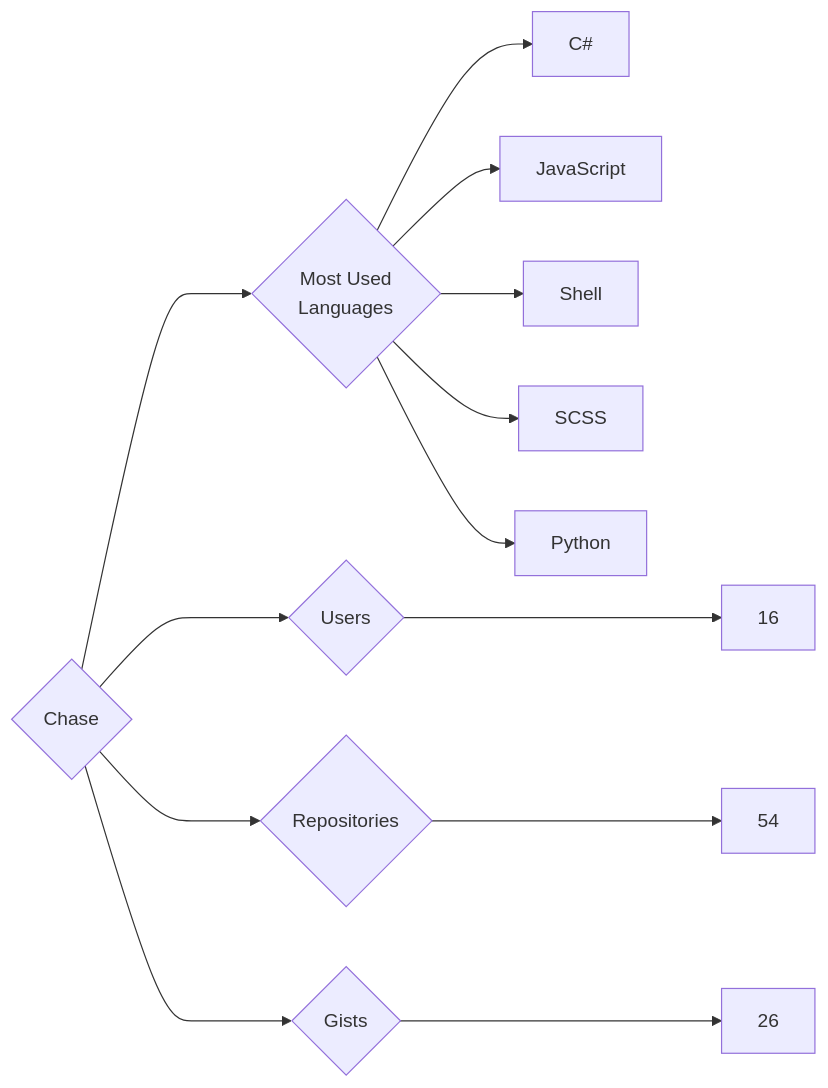
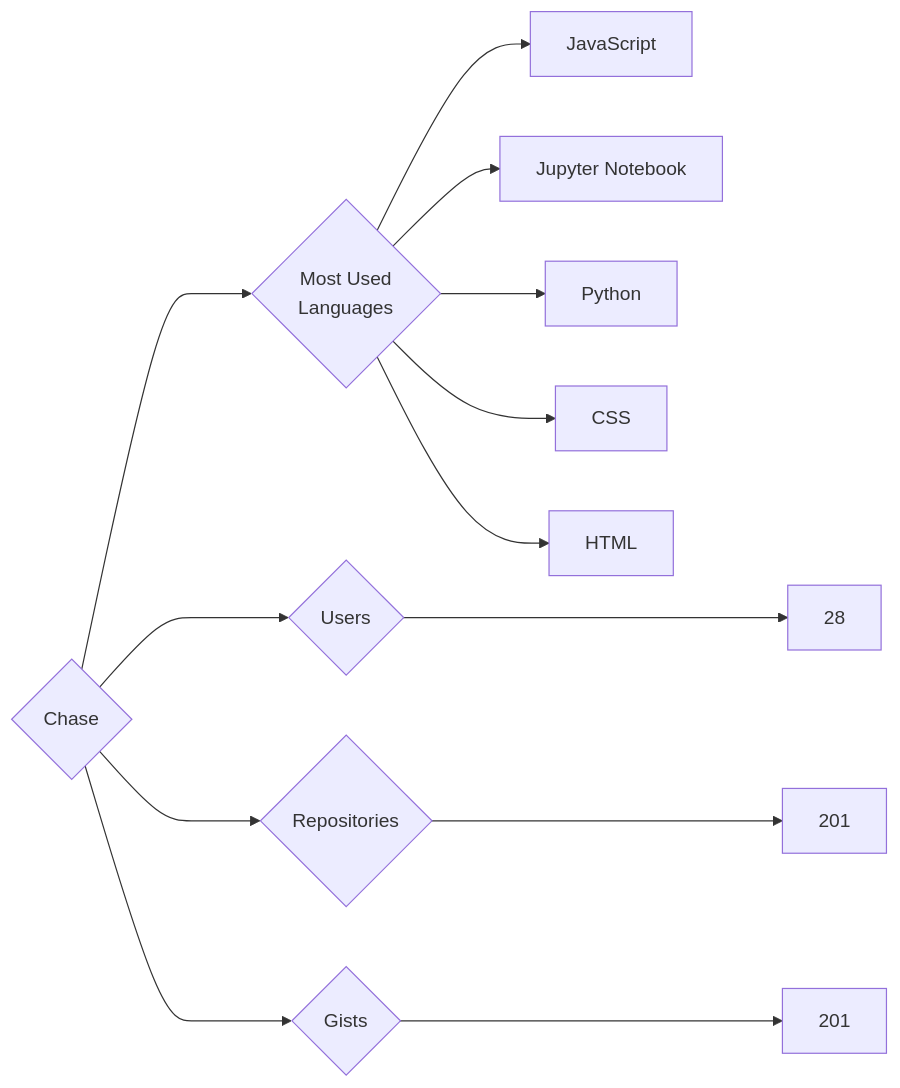
One commit to trickest/insiders changed the diagram in targets/Chase/README.md. Above: the diagram before and after it, drawn with Mermaid. The commit also changed 894 other files, not shown here.

````diff
--- a/targets/Chase/README.md
+++ b/targets/Chase/README.md
@@ -3,13 +3,13 @@
 ```mermaid
 graph LR
 COMPANY_NAME{Chase}
-COMPANY_NAME ---> U{Users} ---> UN[16]
-COMPANY_NAME ---> R{Repositories} ---> RN[54]
-COMPANY_NAME ---> G{Gists} ---> GN[26]
+COMPANY_NAME ---> U{Users} ---> UN[28]
+COMPANY_NAME ---> R{Repositories} ---> RN[201]
+COMPANY_NAME ---> G{Gists} ---> GN[201]
 COMPANY_NAME ---> ML{Most Used<br>Languages}
-ML --> C#[C#]
 ML --> JavaScript[JavaScript]
-ML --> Shell[Shell]
-ML --> SCSS[SCSS]
+ML --> Jupyter_Notebook[Jupyter Notebook]
 ML --> Python[Python]
+ML --> CSS[CSS]
+ML --> HTML[HTML]
 ```
````
